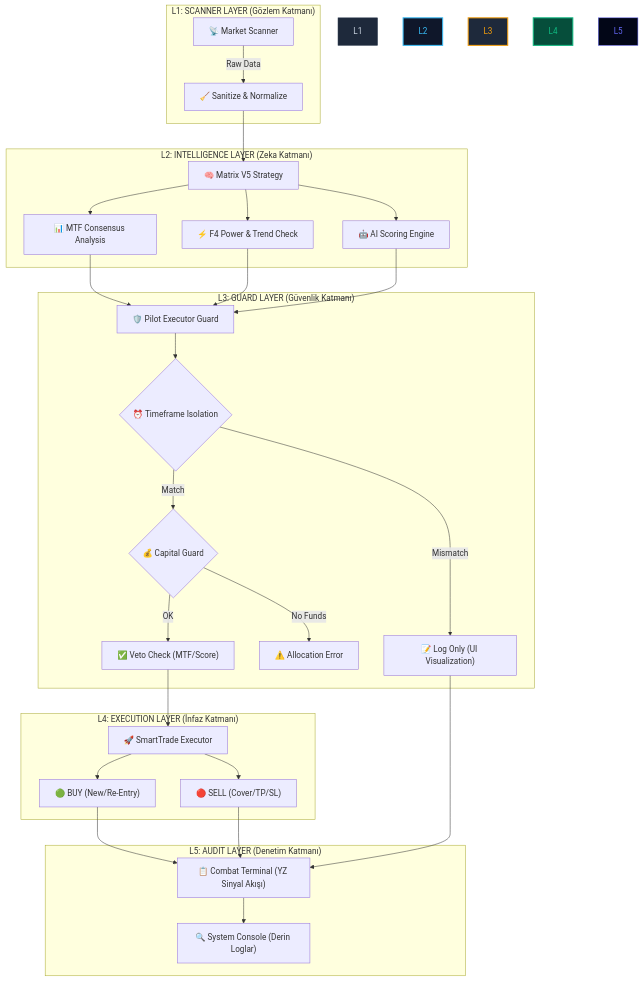
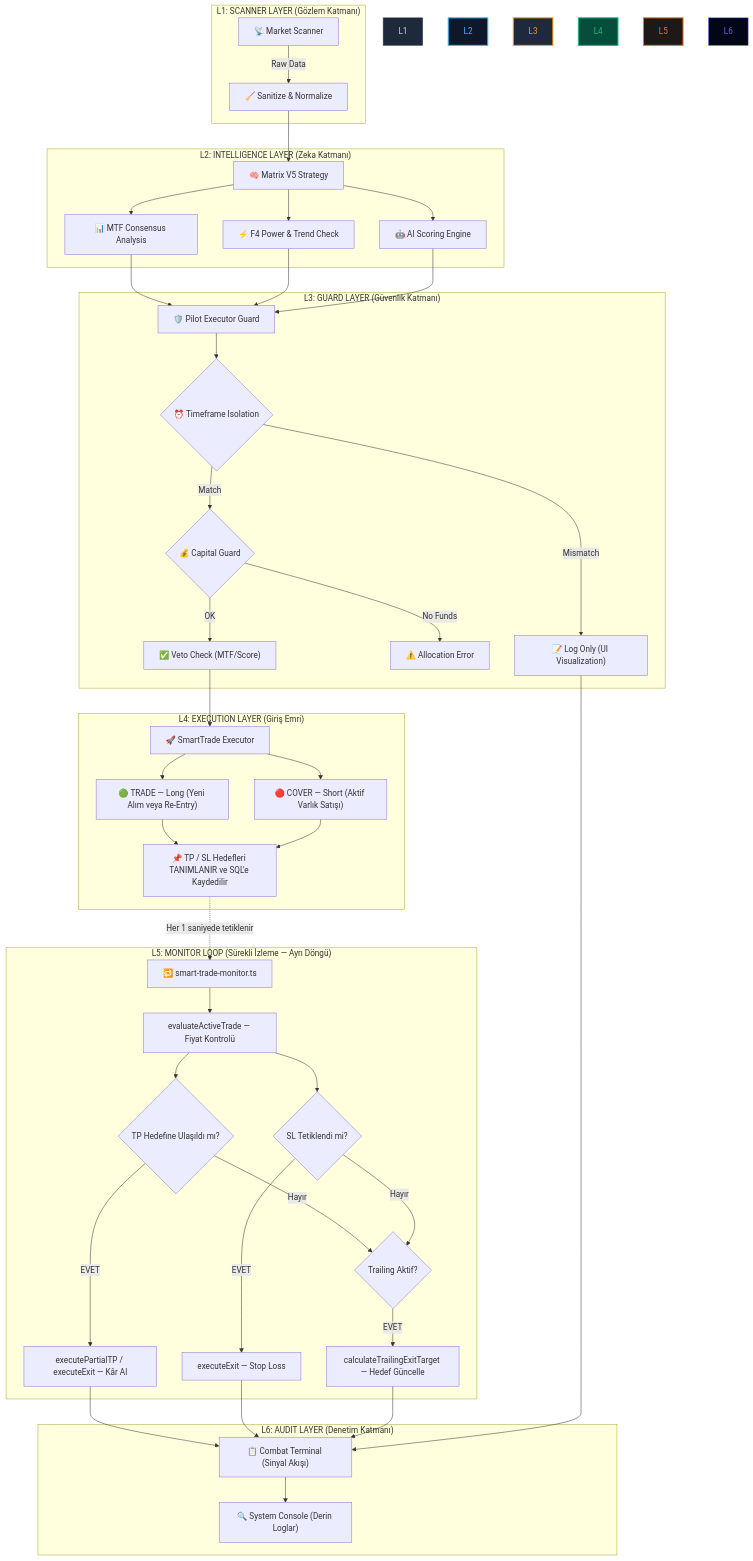
The diagram in scripts/pilot_pipeline_3d.md (dizpatek/mexc-ultimate-trading-bot), drawn with Mermaid before and after one commit. The commit also changed other lines of this file and 45 other files, not shown here.

````diff
--- a/scripts/pilot_pipeline_3d.md
+++ b/scripts/pilot_pipeline_3d.md
@@ -10,39 +10,52 @@
 ```mermaid
 graph TD
     subgraph "L1: SCANNER LAYER (Gözlem Katmanı)"
         A["📡 Market Scanner"] -->|Raw Data| B["🧹 Sanitize & Normalize"]
     end
 
     subgraph "L2: INTELLIGENCE LAYER (Zeka Katmanı)"
         B --> C["🧠 Matrix V5 Strategy"]
         C --> D["📊 MTF Consensus Analysis"]
         C --> E["⚡ F4 Power & Trend Check"]
         C --> F["🤖 AI Scoring Engine"]
     end
 
     subgraph "L3: GUARD LAYER (Güvenlik Katmanı)"
         D & E & F --> G["🛡️ Pilot Executor Guard"]
         G --> H{"⏰ Timeframe Isolation"}
         H -->|Mismatch| I["📝 Log Only (UI Visualization)"]
         H -->|Match| J{"💰 Capital Guard"}
         J -->|No Funds| K["⚠️ Allocation Error"]
         J -->|OK| L["✅ Veto Check (MTF/Score)"]
     end
 
-    subgraph "L4: EXECUTION LAYER (İnfaz Katmanı)"
+    subgraph "L4: EXECUTION LAYER (Giriş Emri)"
         L --> M["🚀 SmartTrade Executor"]
-        M --> N["🟢 BUY (New/Re-Entry)"]
-        M --> O["🔴 SELL (Cover/TP/SL)"]
+        M --> N["🟢 TRADE — Long (Yeni Alım veya Re-Entry)"]
+        M --> O["🔴 COVER — Short (Aktif Varlık Satışı)"]
+        N & O --> TPADEF["📌 TP / SL Hedefleri TANIMLANIR ve SQL'e Kaydedilir"]
     end
 
-    subgraph "L5: AUDIT LAYER (Denetim Katmanı)"
-        N & O & I --> P["📋 Combat Terminal (YZ Sinyal Akışı)"]
+    subgraph "L5: MONITOR LOOP (Sürekli İzleme — Ayrı Döngü)"
+        TPADEF -.->|Her 1 saniyede tetiklenir| MON["🔁 smart-trade-monitor.ts"]
+        MON --> EVAL["evaluateActiveTrade — Fiyat Kontrolü"]
+        EVAL --> TP_CHECK{"TP Hedefine Ulaşıldı mı?"}
+        EVAL --> SL_CHECK{"SL Tetiklendi mi?"}
+        TP_CHECK -->|EVET| TP_EXEC["executePartialTP / executeExit — Kâr Al"]
+        SL_CHECK -->|EVET| SL_EXEC["executeExit — Stop Loss"]
+        TP_CHECK & SL_CHECK -->|Hayır| TRAIL{"Trailing Aktif?"}
+        TRAIL -->|EVET| TRAIL_CALC["calculateTrailingExitTarget — Hedef Güncelle"]
+    end
+
+    subgraph "L6: AUDIT LAYER (Denetim Katmanı)"
+        TP_EXEC & SL_EXEC & TRAIL_CALC & I --> P["📋 Combat Terminal (Sinyal Akışı)"]
         P --> Q["🔍 System Console (Derin Loglar)"]
     end
 
     style L1 fill:#1e293b,stroke:#334155,color:#cbd5e1
     style L2 fill:#0f172a,stroke:#38bdf8,color:#38bdf8,stroke-width:2px
     style L3 fill:#1e293b,stroke:#f59e0b,color:#f59e0b,stroke-width:2px
     style L4 fill:#064e3b,stroke:#10b981,color:#10b981,stroke-width:2px
-    style L5 fill:#020617,stroke:#6366f1,color:#6366f1
+    style L5 fill:#1c1917,stroke:#f97316,color:#f97316,stroke-width:2px
+    style L6 fill:#020617,stroke:#6366f1,color:#6366f1
 ```
````
